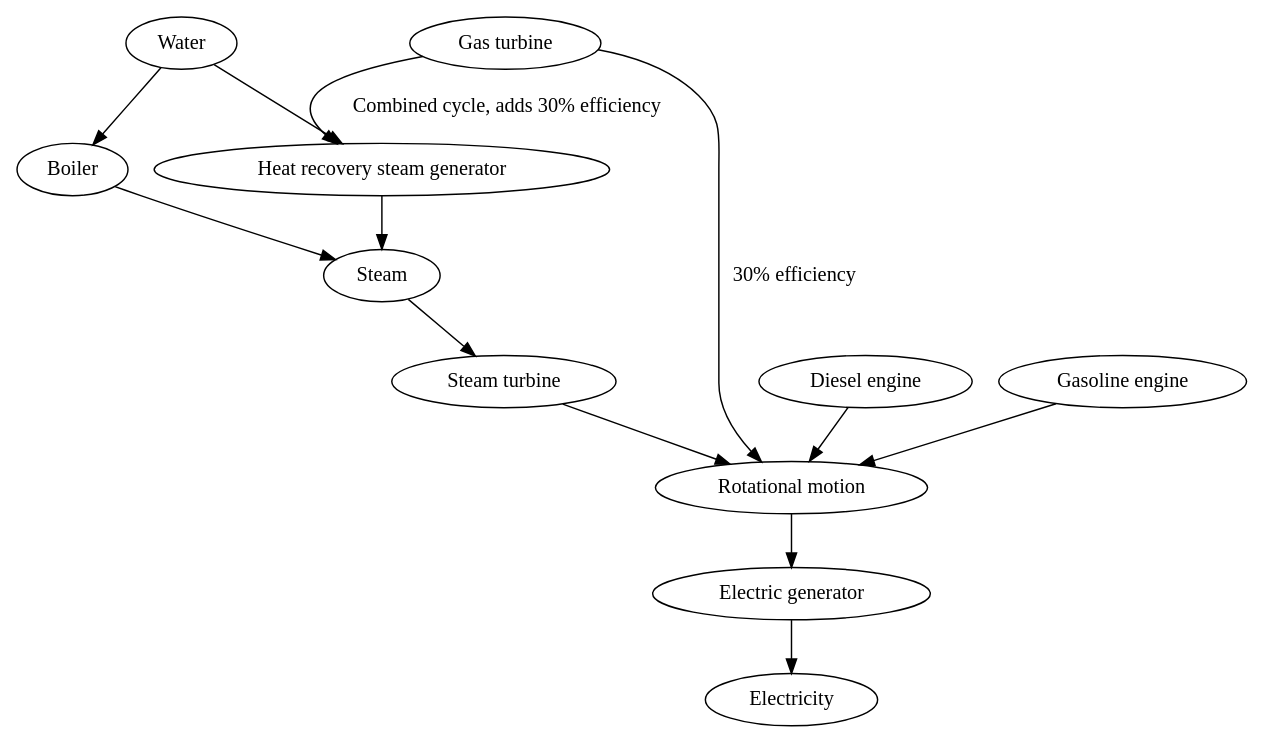
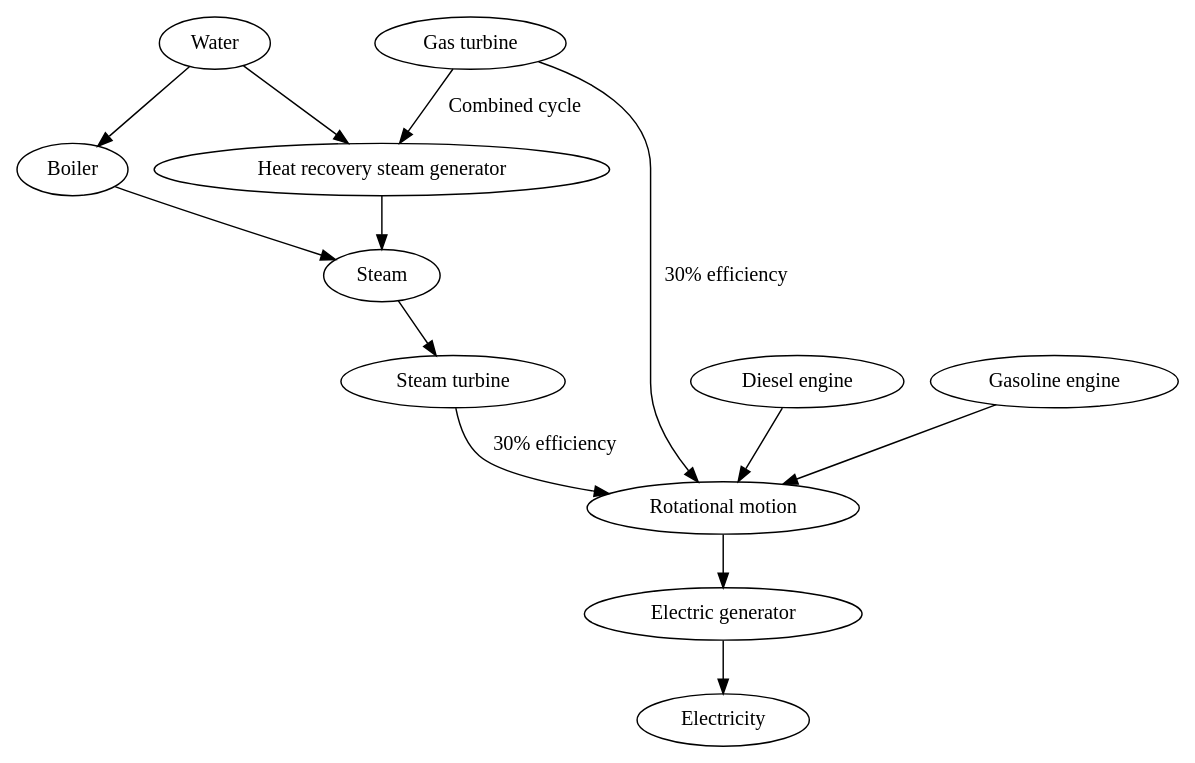
One commit to dominikh/factorio-mod changed the diagram in power-generation.dot. Above: the diagram before and after it, drawn with Graphviz. The commit also changed 1 other file, not shown here.

```diff
--- a/power-generation.dot
+++ b/power-generation.dot
@@ -1,28 +1,28 @@
 digraph {
 	"Water" -> "Boiler"
 	"Boiler" -> "Steam"
 	"Steam" -> "Steam turbine"
-	"Steam turbine" -> "Rotational motion"
+	"Steam turbine" -> "Rotational motion" [label="30% efficiency"]
 
 	"Gas turbine" -> "Rotational motion" [label="30% efficiency"]
-	"Gas turbine" -> "Heat recovery steam generator" [label="Combined cycle, adds 30% efficiency"]
+	"Gas turbine" -> "Heat recovery steam generator" [label="Combined cycle"]
 	"Water" -> "Heat recovery steam generator"
 	"Heat recovery steam generator" -> "Steam"
 
 	"Diesel engine" -> "Rotational motion"
 
 	"Gasoline engine" -> "Rotational motion"
 
 	"Rotational motion" -> "Electric generator"
 	"Electric generator" -> "Electricity"
 }
 
 
 
 // Sources of mechanical energy include
 // - [x] steam turbines
 // - [x] gas turbines
 // - water turbines
 // - [x] internal combustion engines
 // - wind turbines
 // - even hand cranks
```
